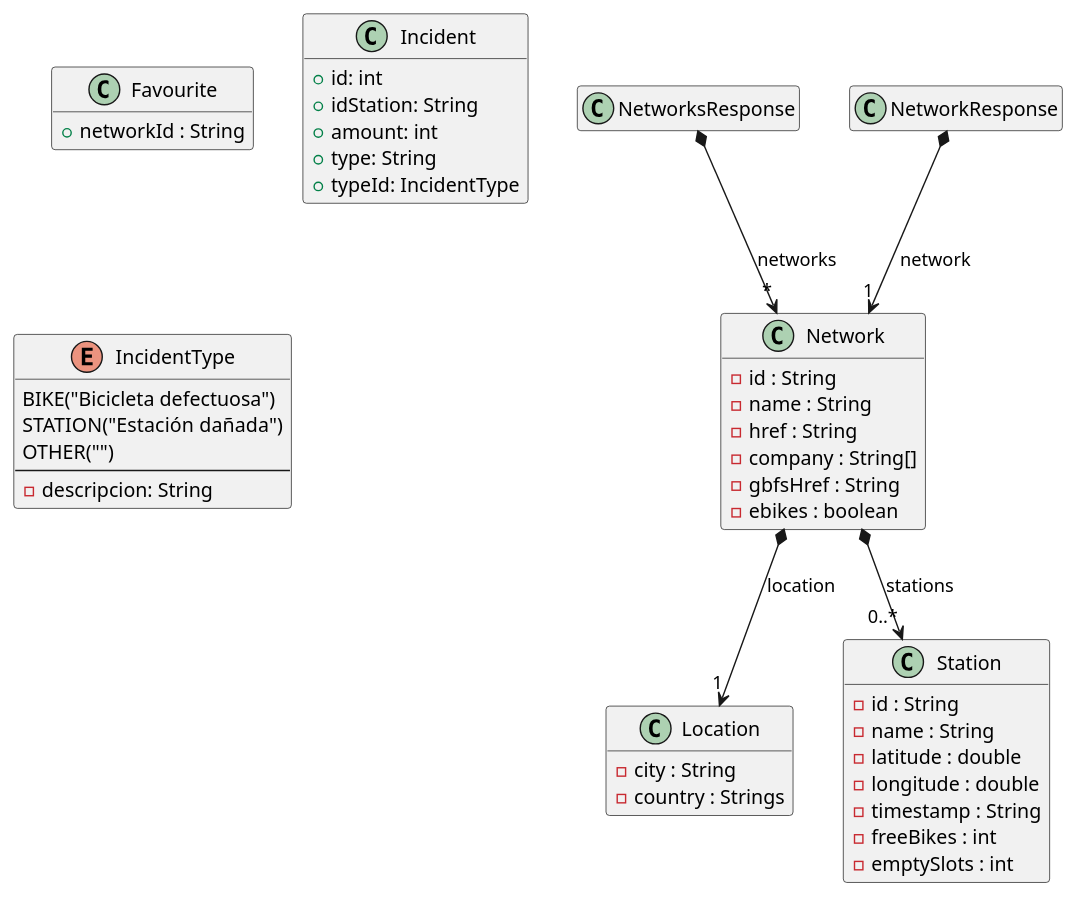
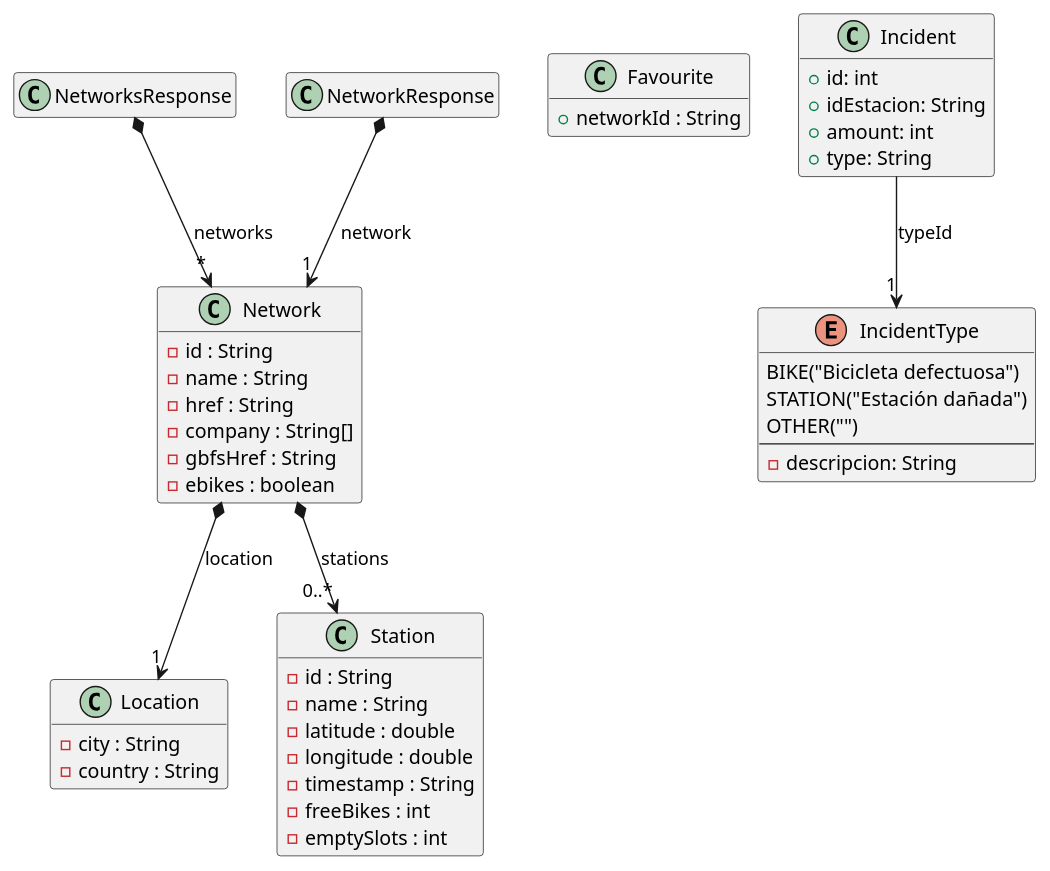
One commit to isunican/App-Bicis-Grupo1 changed the diagram in Docs/Models/domain.puml. Above: the diagram before and after it, drawn with PlantUML. The commit also changed 17 other files, not shown here.

```diff
--- a/Docs/Models/domain.puml
+++ b/Docs/Models/domain.puml
@@ -1,62 +1,63 @@
 @startuml
 
 hide empty members
 
 class Network {
     - id : String
     - name : String
     - href : String
     - company : String[]
     - gbfsHref : String
     - ebikes : boolean
 }
 
 class Location {
     - city : String
-    - country : Strings
+    - country : String
 }
 
 class Favourite {
     + networkId : String
 }
 
 class NetworksResponse {
 
 }
 
 class NetworkResponse {
     
 }
 
 class Station {
     - id : String
     - name : String
     - latitude : double
     - longitude : double
     - timestamp : String
     - freeBikes : int
     - emptySlots : int
 }
 
 class Incident {
     + id: int
-    + idStation: String
+    + idEstacion: String
     + amount: int
     + type: String
-    + typeId: IncidentType
 }
 
 enum IncidentType {
     BIKE("Bicicleta defectuosa")
     STATION("Estación dañada")
     OTHER("")
     --
     - descripcion: String
 }
 
 Network *--> "1" Location : location
 Network *--> "0..*" Station : stations
 NetworksResponse *--> "*" Network : networks
 NetworkResponse *--> "1" Network : network
 
+Incident --> "1" IncidentType : typeId
+
 @enduml
```
